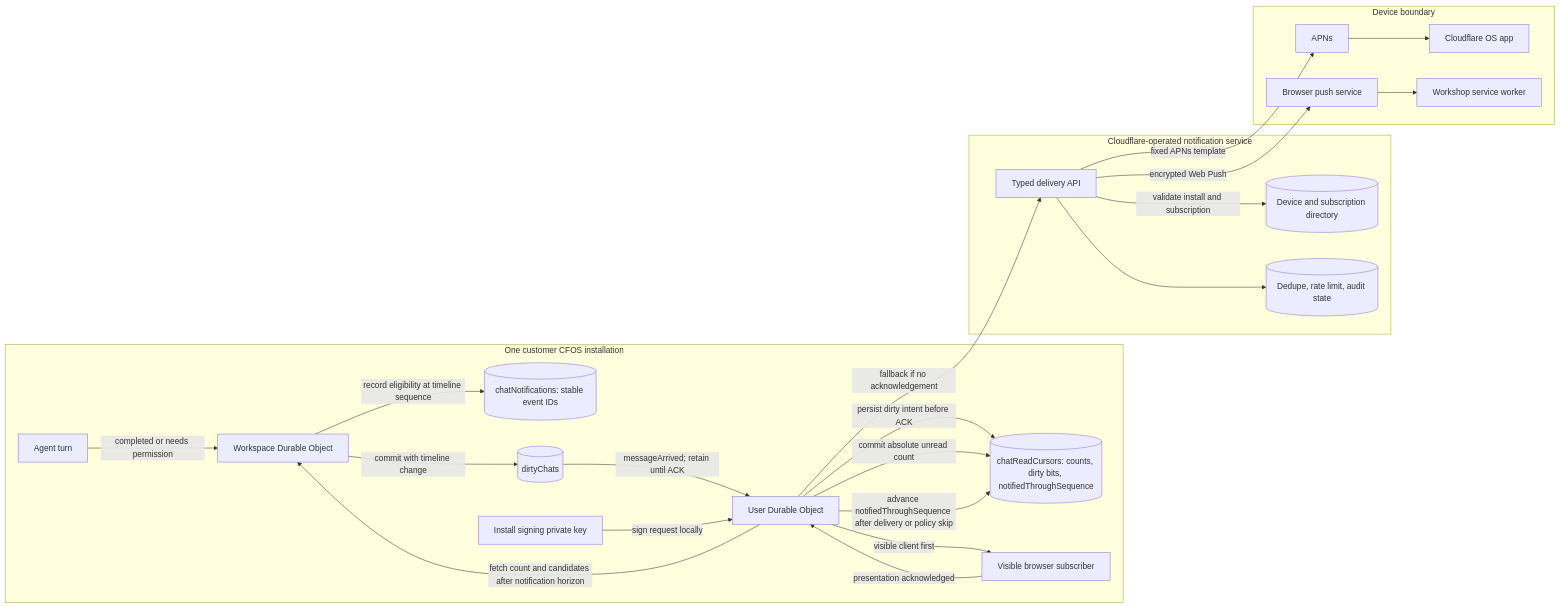
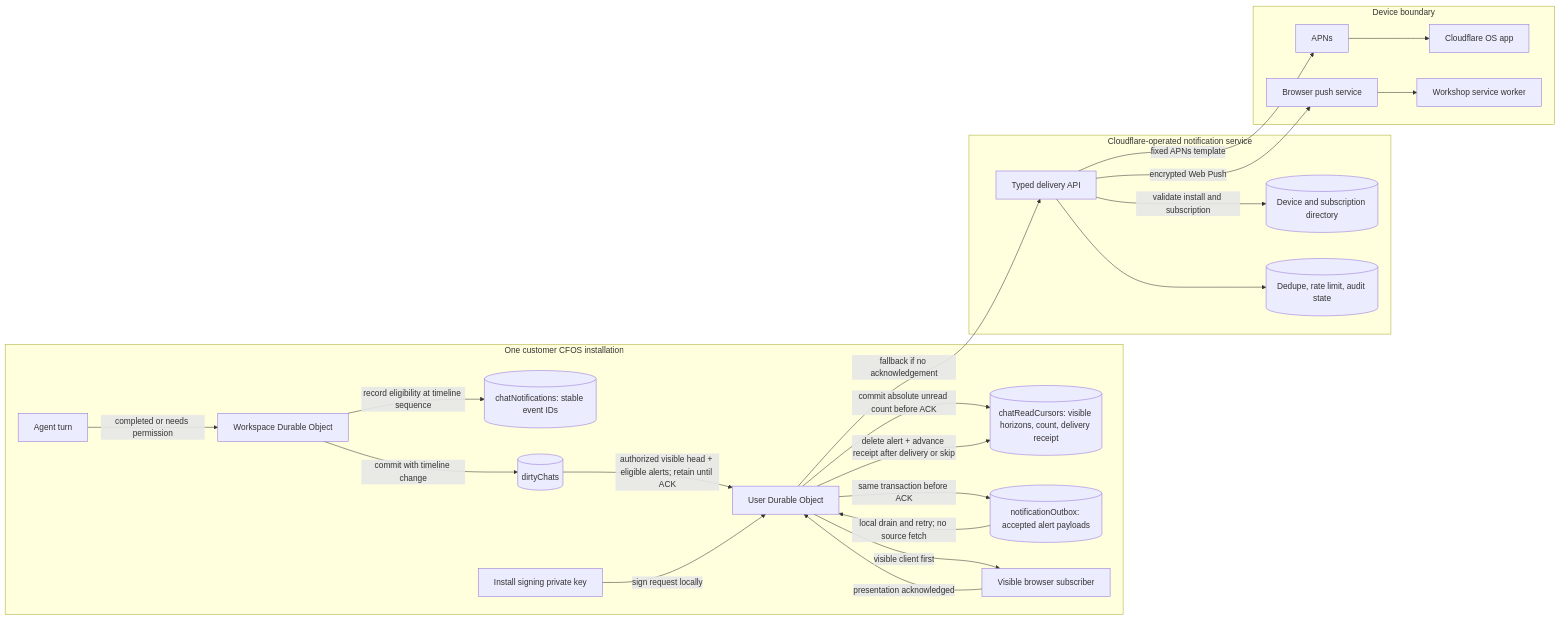
The second of 2 diagrams in docs/notifications.md (cloudflare/cloudflare-os), drawn with Mermaid before and after one commit. The commit also changed other lines of this file and 9 other files, not shown here.

Commit message:
Persist visible message positions and hand off durable user alert queues

````diff
--- a/docs/notifications.md
+++ b/docs/notifications.md
@@ -145,45 +145,46 @@
 ```mermaid
 flowchart LR
   subgraph Install[One customer CFOS installation]
     Agent[Agent turn]
     Workspace[Workspace Durable Object]
     Candidates[(chatNotifications: stable event IDs)]
     SourceDirty[(dirtyChats)]
     User[User Durable Object]
-    Cursor[(chatReadCursors: counts, dirty bits, notifiedThroughSequence)]
+    Cursor[(chatReadCursors: visible horizons, count, delivery receipt)]
+    Outbox[(notificationOutbox: accepted alert payloads)]
     Browser[Visible browser subscriber]
     Key[Install signing private key]
   end
 
   subgraph Central[Cloudflare-operated notification service]
     Delivery[Typed delivery API]
     Registry[(Device and subscription directory)]
     Audit[(Dedupe, rate limit, audit state)]
   end
 
   subgraph Devices[Device boundary]
     APNS[APNs]
     App[Cloudflare OS app]
     WebPush[Browser push service]
     Worker[Workshop service worker]
   end
 
   Agent -->|completed or needs permission| Workspace
   Workspace -->|record eligibility at timeline sequence| Candidates
   Workspace -->|commit with timeline change| SourceDirty
-  SourceDirty -->|messageArrived; retain until ACK| User
-  User -->|persist dirty intent before ACK| Cursor
-  User -->|fetch count and candidates after notification horizon| Workspace
-  User -->|commit absolute unread count| Cursor
+  SourceDirty -->|authorized visible head + eligible alerts; retain until ACK| User
+  User -->|commit absolute unread count before ACK| Cursor
+  User -->|same transaction before ACK| Outbox
+  Outbox -->|local drain and retry; no source fetch| User
   User -->|visible client first| Browser
   Browser -->|presentation acknowledged| User
-  User -->|advance notifiedThroughSequence after delivery or policy skip| Cursor
+  User -->|delete alert + advance receipt after delivery or skip| Cursor
   User -->|fallback if no acknowledgement| Delivery
   Key -->|sign request locally| User
   Delivery -->|validate install and subscription| Registry
   Delivery --> Audit
   Delivery -->|fixed APNs template| APNS
   APNS --> App
   Delivery -->|encrypted Web Push| WebPush
   WebPush --> Worker
 ```
````
